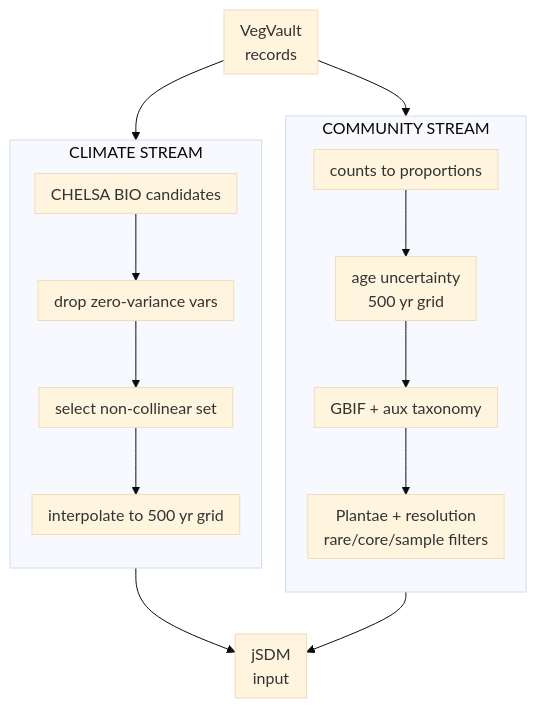
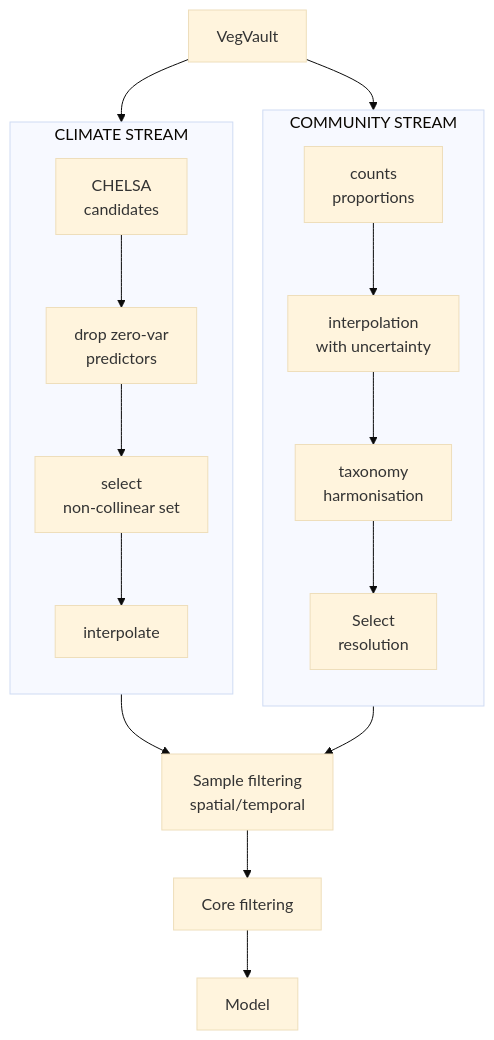
The diagram in Documentation/Presentations/IAVS_2026/index.qmd (OndrejMottl/BIODYNAMICS-vegetation-cooccurrence), drawn with Mermaid before and after one commit. The commit also changed other lines of this file and 1 other file, not shown here.

Commit message:
Mermaid: update flowchart labels and spacing adjustments

````diff
--- a/Documentation/Presentations/IAVS_2026/index.qmd
+++ b/Documentation/Presentations/IAVS_2026/index.qmd
@@ -536,45 +536,53 @@
 ```{mermaid}
 %%| label: slide05-community-climate-mermaid
 %%{init: {
   "theme": "base",
   "flowchart": {
     "curve": "basis",
     "htmlLabels": true,
-    "nodeSpacing": 24,
-    "rankSpacing": 42,
-    "padding": 8
+    "nodeSpacing": 30,
+    "rankSpacing": 48,
+    "padding": 14
   }
 }}%%
 flowchart TB
-  source["VegVault<br/>records"]
+  source["VegVault"]
 
   subgraph community_stream [COMMUNITY STREAM]
     direction TB
-    community_counts["counts to proportions"]
-    community_age["age uncertainty<br/>500 yr grid"]
-    community_taxa["GBIF + aux taxonomy"]
-    community_filters["Plantae + resolution<br/>rare/core/sample filters"]
+    community_counts["counts<br/>proportions"]
+    community_age["interpolation<br/>with uncertainty"]
+    community_taxa["taxonomy<br/>harmonisation"]
+    community_filters["Select<br/>resolution"]
     community_counts --> community_age --> community_taxa --> community_filters
   end
 
   subgraph climate_stream [CLIMATE STREAM]
     direction TB
-    climate_vars["CHELSA BIO candidates"]
-    climate_variance["drop zero-variance vars"]
-    climate_screen["select non-collinear set"]
-    climate_grid["interpolate to 500 yr grid"]
+    climate_vars["CHELSA<br/>candidates"]
+    climate_variance["drop zero-var<br/>predictors"]
+    climate_screen["select<br/>non-collinear set"]
+    climate_grid["interpolate"]
     climate_vars --> climate_variance --> climate_screen --> climate_grid
   end
 
-  model["jSDM<br/>input"]
+  sample_filtering["Sample filtering<br/>spatial/temporal"]
+  core_filtering["Core filtering"]
+
+  model["Model"]
 
   source --> community_counts
   source --> climate_vars
-  community_filters --> model
-  climate_grid --> model
+  community_filters --> sample_filtering
+  climate_grid --> sample_filtering
 
-  class source source_node
+  sample_filtering --> core_filtering
+
+  core_filtering --> model
+
+
+  class source,sample_filtering,core_filtering source_node
   class community_counts,community_age,community_taxa,community_filters community_node
   class climate_vars,climate_variance,climate_screen,climate_grid climate_node
   class model model_node
 ```
````
